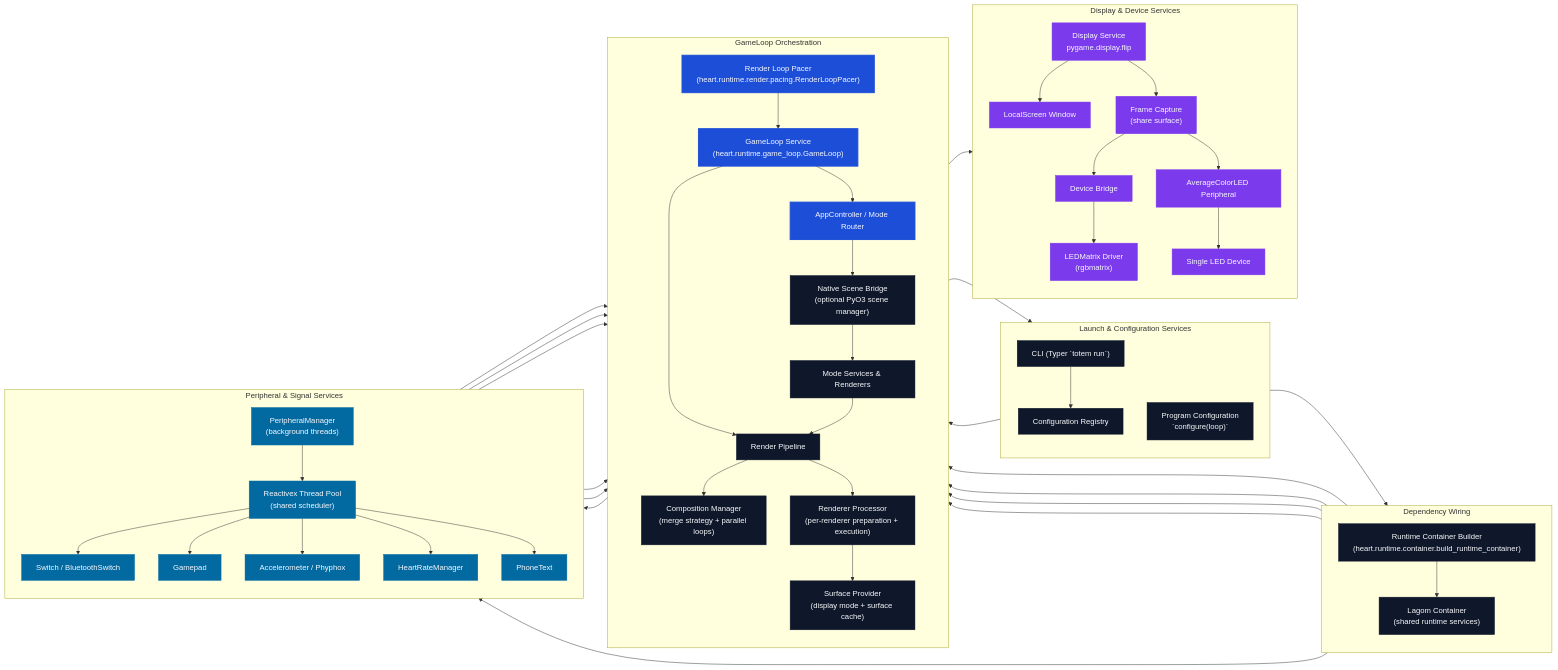
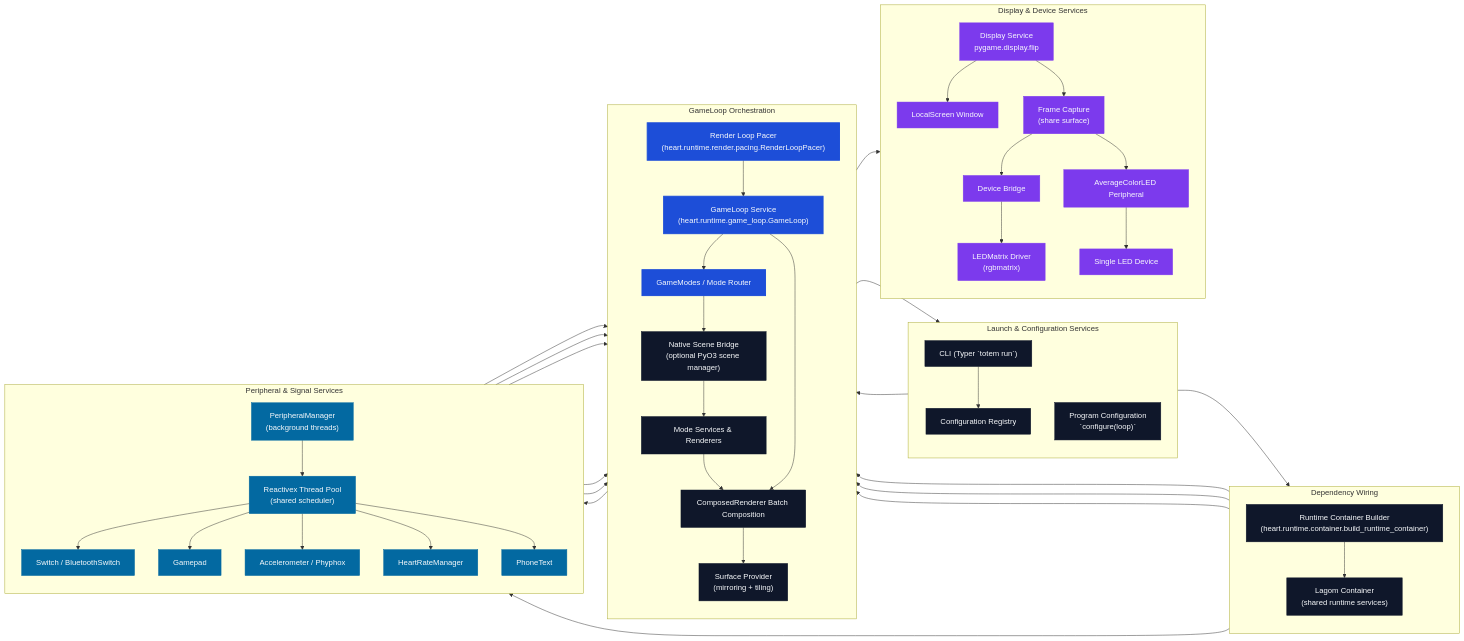
The diagram in docs/code_flow.md (Organization5762/heart), drawn with Mermaid before and after one commit. The commit also changed other lines of this file and 46 other files, not shown here.

Commit message:
Simplify composed renderer runtime flow

````diff
--- a/docs/code_flow.md
+++ b/docs/code_flow.md
@@ -19,82 +19,79 @@
 ```mermaid
 flowchart LR
     %% Visual classes for different service categories
     classDef orchestrator fill:#1d4ed8,stroke:#1d4ed8,color:#f8fafc,stroke-width:2px;
     classDef service fill:#0f172a,stroke:#0f172a,color:#f8fafc;
     classDef input fill:#0369a1,stroke:#0369a1,color:#f8fafc;
     classDef output fill:#7c3aed,stroke:#7c3aed,color:#f8fafc;
 
     subgraph Launch["Launch & Configuration Services"]
         direction TB
         CLI["CLI (Typer `totem run`)"]
         Registry["Configuration Registry"]
         Configurer["Program Configuration\n`configure(loop)`"]
     end
 
     subgraph Wiring["Dependency Wiring"]
         direction TB
         ContainerBuilder["Runtime Container Builder\n(heart.runtime.container.build_runtime_container)"]
         RuntimeContainer["Lagom Container\n(shared runtime services)"]
     end
 
     subgraph Runtime["GameLoop Orchestration"]
         direction TB
         Loop["GameLoop Service\n(heart.runtime.game_loop.GameLoop)"]
         RenderPacer["Render Loop Pacer\n(heart.runtime.render.pacing.RenderLoopPacer)"]
-        AppRouter["AppController / Mode Router"]
+        ModeRouter["GameModes / Mode Router"]
         NativeSceneBridge["Native Scene Bridge\n(optional PyO3 scene manager)"]
         ModeServices["Mode Services & Renderers"]
-        RenderPipeline["Render Pipeline"]
-        SurfaceProvider["Surface Provider\n(display mode + surface cache)"]
-        RendererProcessor["Renderer Processor\n(per-renderer preparation + execution)"]
-        CompositionManager["Composition Manager\n(merge strategy + parallel loops)"]
+        CompositionManager["ComposedRenderer Batch Composition"]
+        SurfaceProvider["Surface Provider\n(mirroring + tiling)"]
     end
 
     subgraph Inputs["Peripheral & Signal Services"]
         direction TB
         PeripheralMgr["PeripheralManager\n(background threads)"]
         RxScheduler["Reactivex Thread Pool\n(shared scheduler)"]
         Switch["Switch / BluetoothSwitch"]
         Gamepad["Gamepad"]
         Sensors["Accelerometer / Phyphox"]
         HeartRate["HeartRateManager"]
         PhoneText["PhoneText"]
     end
 
     subgraph Outputs["Display & Device Services"]
         direction TB
         DisplaySvc["Display Service\npygame.display.flip"]
         LocalScreen["LocalScreen Window"]
         Capture["Frame Capture\n(share surface)"]
         DeviceBridge["Device Bridge"]
         LedMatrix["LEDMatrix Driver\n(rgbmatrix)"]
         AverageMirror["AverageColorLED Peripheral"]
         SingleLED["Single LED Device"]
     end
 
     CLI --> Registry --> ContainerBuilder --> RuntimeContainer --> Loop
     RuntimeContainer --> RenderPacer --> Loop
-    Loop --> Configurer --> AppRouter
-    Loop --> AppRouter
-    RuntimeContainer --> AppRouter
-    RuntimeContainer --> RenderPipeline
+    Loop --> Configurer --> ModeRouter
+    Loop --> ModeRouter
+    RuntimeContainer --> ModeRouter
     RuntimeContainer --> PeripheralMgr
-    Loop --> RenderPipeline
-    AppRouter --> NativeSceneBridge --> ModeServices --> RenderPipeline --> CompositionManager --> DisplaySvc
-    RenderPipeline --> RendererProcessor --> SurfaceProvider
+    ModeRouter --> NativeSceneBridge --> ModeServices --> CompositionManager --> DisplaySvc
+    Loop --> CompositionManager
+    CompositionManager --> SurfaceProvider
     DisplaySvc --> LocalScreen
     DisplaySvc --> Capture --> DeviceBridge --> LedMatrix
     Capture --> AverageMirror --> SingleLED
 
     Loop --> PeripheralMgr --> RxScheduler
-    RxScheduler --> Switch --> AppRouter
-    RxScheduler --> Gamepad --> AppRouter
-    RxScheduler --> Sensors --> AppRouter
-    RxScheduler --> HeartRate --> AppRouter
-    RxScheduler --> PhoneText --> AppRouter
+    RxScheduler --> Switch --> ModeRouter
+    RxScheduler --> Gamepad --> ModeRouter
+    RxScheduler --> Sensors --> ModeServices
+    RxScheduler --> HeartRate --> ModeServices
+    RxScheduler --> PhoneText --> ModeServices
 
-    class CLI,Registry,Configurer,ContainerBuilder,RuntimeContainer,NativeSceneBridge,ModeServices,RenderPipeline,RendererProcessor,SurfaceProvider,CompositionManager service;
-    class Loop,AppRouter,RenderPacer orchestrator;
+    class CLI,Registry,Configurer,ContainerBuilder,RuntimeContainer,NativeSceneBridge,ModeServices,SurfaceProvider,CompositionManager service;
+    class Loop,ModeRouter,RenderPacer orchestrator;
     class PeripheralMgr,RxScheduler,Switch,Gamepad,Sensors,HeartRate,PhoneText input;
     class DisplaySvc,LocalScreen,Capture,DeviceBridge,LedMatrix,AverageMirror,SingleLED output;
 ```
````
